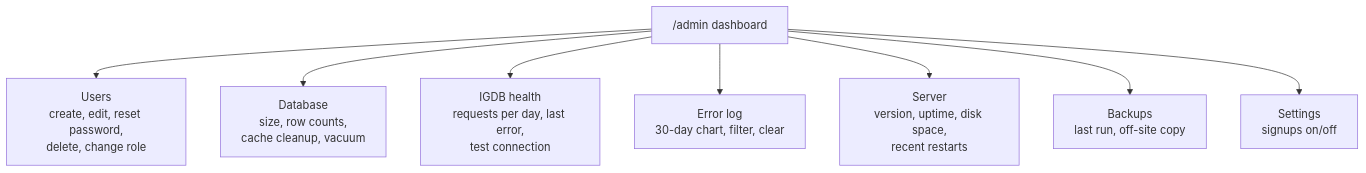
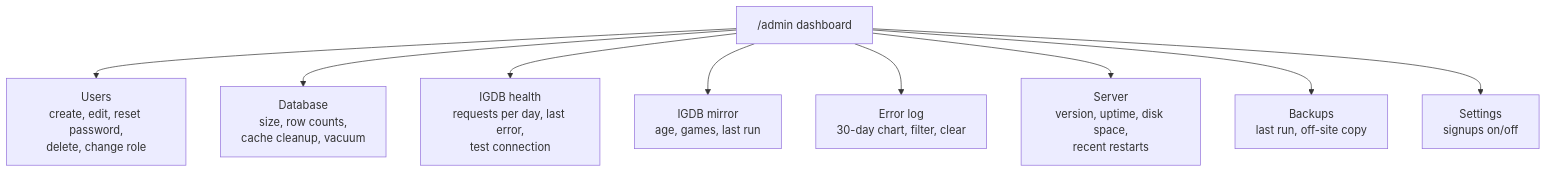
One commit to joeattardi/gamequeue changed diagram 17 of 22 in OVERVIEW.md. Above: the diagram before and after it, drawn with Mermaid. The commit also changed other lines of this file and 25 other files, not shown here.

First line of the commit message:
Run the IGDB mirror daily from host cron, with monitoring and an admin page (step 4)

````diff
--- a/OVERVIEW.md
+++ b/OVERVIEW.md
@@ -619,11 +620,12 @@
 ```mermaid
 flowchart TB
     DASH["/admin dashboard"]
     DASH --> USERS["Users<br/>create, edit, reset password,<br/>delete, change role"]
     DASH --> DBS["Database<br/>size, row counts,<br/>cache cleanup, vacuum"]
     DASH --> IG["IGDB health<br/>requests per day, last error,<br/>test connection"]
+    DASH --> MI["IGDB mirror<br/>age, games, last run"]
     DASH --> ERR["Error log<br/>30-day chart, filter, clear"]
     DASH --> SRV["Server<br/>version, uptime, disk space,<br/>recent restarts"]
     DASH --> BK["Backups<br/>last run, off-site copy"]
     DASH --> SET["Settings<br/>signups on/off"]
 ```
````
